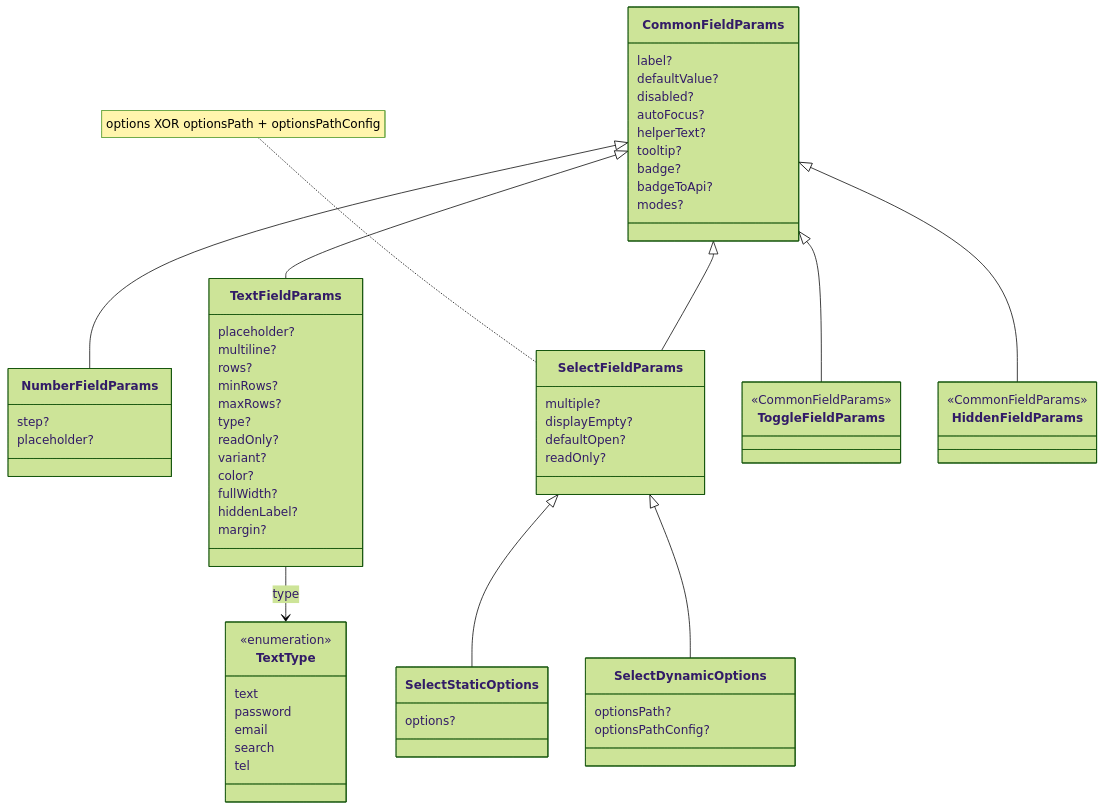
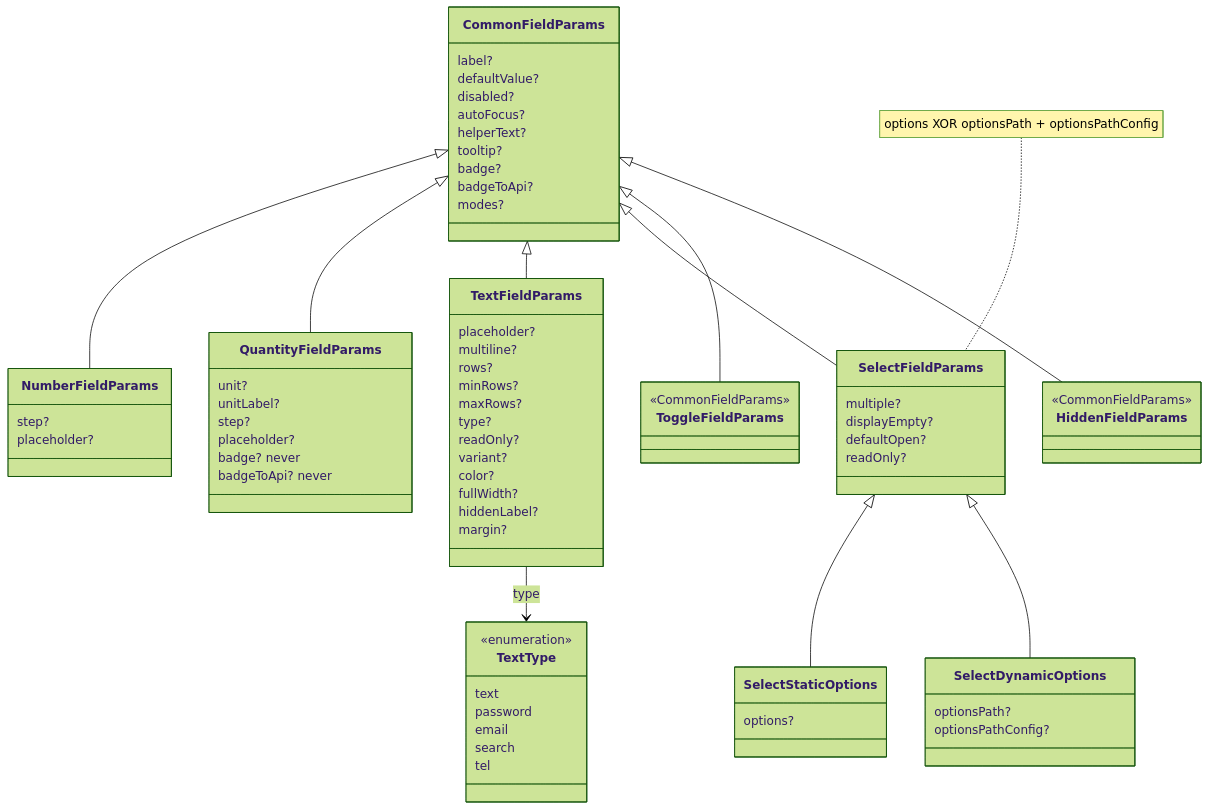
Before and after one commit to openeverest/openeverest: the fifth of 6 diagrams in docs/ui/architecture/ui-generator/schema-reference.md, drawn with Mermaid (forest theme). The commit also changed other lines of this file and 20 other files, not shown here.

First line of the commit message:
feat(ui): add a quantity field type for Kubernetes quantities

````diff
--- a/docs/ui/architecture/ui-generator/schema-reference.md
+++ b/docs/ui/architecture/ui-generator/schema-reference.md
@@ -92,68 +92,77 @@
 ```mermaid
 classDiagram
   class CommonFieldParams {
     label?
     defaultValue?
     disabled?
     autoFocus?
     helperText?
     tooltip?
     badge?
     badgeToApi?
     modes?
   }
   class NumberFieldParams {
     step?
     placeholder?
+  }
+  class QuantityFieldParams {
+    unit?
+    unitLabel?
+    step?
+    placeholder?
+    badge? never
+    badgeToApi? never
   }
   class TextFieldParams {
     placeholder?
     multiline?
     rows?
     minRows?
     maxRows?
     type?
     readOnly?
     variant?
     color?
     fullWidth?
     hiddenLabel?
     margin?
   }
   class TextType {
     <<enumeration>>
     text
     password
     email
     search
     tel
   }
   class SelectFieldParams {
     multiple?
     displayEmpty?
     defaultOpen?
     readOnly?
   }
   class SelectStaticOptions {
     options?
   }
   class SelectDynamicOptions {
     optionsPath?
     optionsPathConfig?
   }
   class ToggleFieldParams {
     <<CommonFieldParams>>
   }
   class HiddenFieldParams {
     <<CommonFieldParams>>
   }
   CommonFieldParams <|-- NumberFieldParams
+  CommonFieldParams <|-- QuantityFieldParams
   CommonFieldParams <|-- TextFieldParams
   CommonFieldParams <|-- SelectFieldParams
   CommonFieldParams <|-- ToggleFieldParams
   CommonFieldParams <|-- HiddenFieldParams
   TextFieldParams --> TextType : type
   SelectFieldParams <|-- SelectStaticOptions
   SelectFieldParams <|-- SelectDynamicOptions
   note for SelectFieldParams "options XOR optionsPath + optionsPathConfig"
 ```
````
